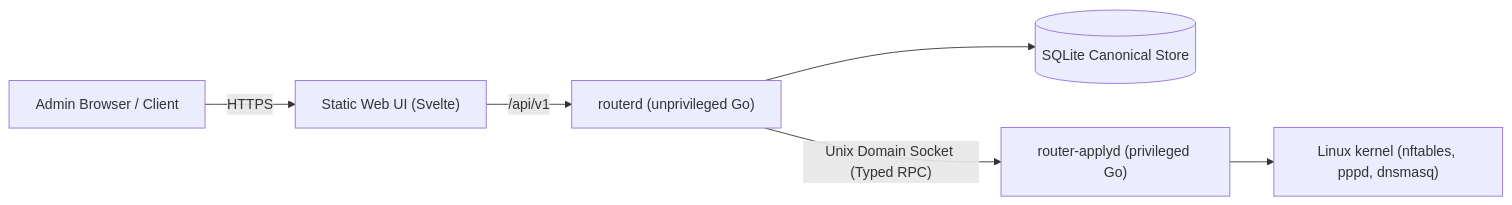
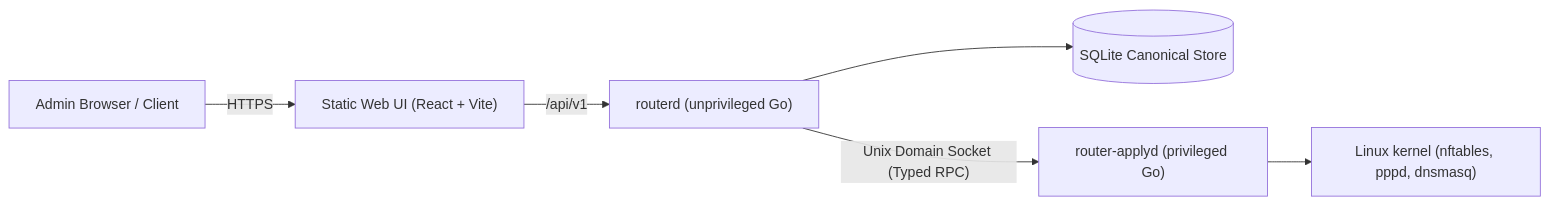
One commit to vladimirperovic/minimalrouter changed the diagram in implementation_plan.md. Above: the diagram before and after it, drawn with Mermaid. The commit also changed other lines of this file and 67 other files, not shown here.

````diff
--- a/implementation_plan.md
+++ b/implementation_plan.md
@@ -10,15 +10,15 @@
 ```mermaid
 flowchart LR
     Browser["Admin Browser / Client"]
-    UI["Static Web UI (Svelte)"]
+    UI["Static Web UI (React + Vite)"]
     API["routerd (unprivileged Go)"]
     DB[("SQLite Canonical Store")]
     Apply["router-applyd (privileged Go)"]
     Linux["Linux kernel (nftables, pppd, dnsmasq)"]
 
     Browser -->|HTTPS| UI
     UI -->|/api/v1| API
     API --> DB
     API -->|"Unix Domain Socket (Typed RPC)"| Apply
     Apply --> Linux
 ```
````
